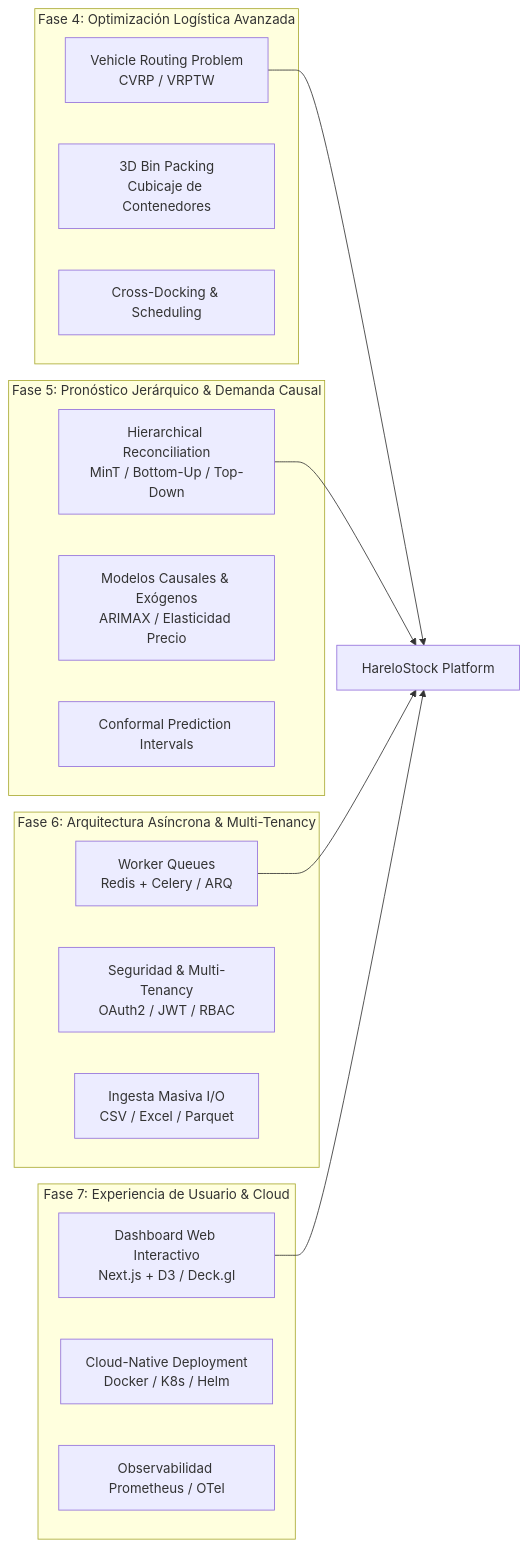
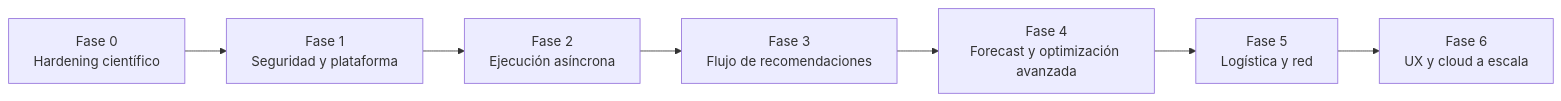
Before and after one commit to harelo-dev/HareloStock-API: the diagram in ROADMAP_EVOLUCION.md, drawn with Mermaid. The commit also changed other lines of this file and 27 other files, not shown here.

````diff
--- a/ROADMAP_EVOLUCION.md
+++ b/ROADMAP_EVOLUCION.md
@@ -24,31 +34,9 @@
 ```mermaid
-graph LR
-    subgraph "Fase 4: Optimización Logística Avanzada"
-        F4_1[Vehicle Routing Problem<br/>CVRP / VRPTW]
-        F4_2[3D Bin Packing<br/>Cubicaje de Contenedores]
-        F4_3[Cross-Docking & Scheduling]
-    end
-
-    subgraph "Fase 5: Pronóstico Jerárquico & Demanda Causal"
-        F5_1[Hierarchical Reconciliation<br/>MinT / Bottom-Up / Top-Down]
-        F5_2[Modelos Causales & Exógenos<br/>ARIMAX / Elasticidad Precio]
-        F5_3[Conformal Prediction Intervals]
-    end
-
-    subgraph "Fase 6: Arquitectura Asíncrona & Multi-Tenancy"
-        F6_1[Worker Queues<br/>Redis + Celery / ARQ]
-        F6_2[Seguridad & Multi-Tenancy<br/>OAuth2 / JWT / RBAC]
-        F6_3[Ingesta Masiva I/O<br/>CSV / Excel / Parquet]
-    end
-
-    subgraph "Fase 7: Experiencia de Usuario & Cloud"
-        F7_1[Dashboard Web Interactivo<br/>Next.js + D3 / Deck.gl]
-        F7_2[Cloud-Native Deployment<br/>Docker / K8s / Helm]
-        F7_3[Observabilidad Prometheus / OTel]
-    end
-
-    F4_1 --> Core[HareloStock Platform]
-    F5_1 --> Core
-    F6_1 --> Core
-    F7_1 --> Core
+flowchart LR
+    H[Fase 0<br/>Hardening científico] --> S[Fase 1<br/>Seguridad y plataforma]
+    S --> E[Fase 2<br/>Ejecución asíncrona]
+    E --> P[Fase 3<br/>Flujo de recomendaciones]
+    P --> A[Fase 4<br/>Forecast y optimización avanzada]
+    A --> L[Fase 5<br/>Logística y red]
+    L --> C[Fase 6<br/>UX y cloud a escala]
 ```
````
